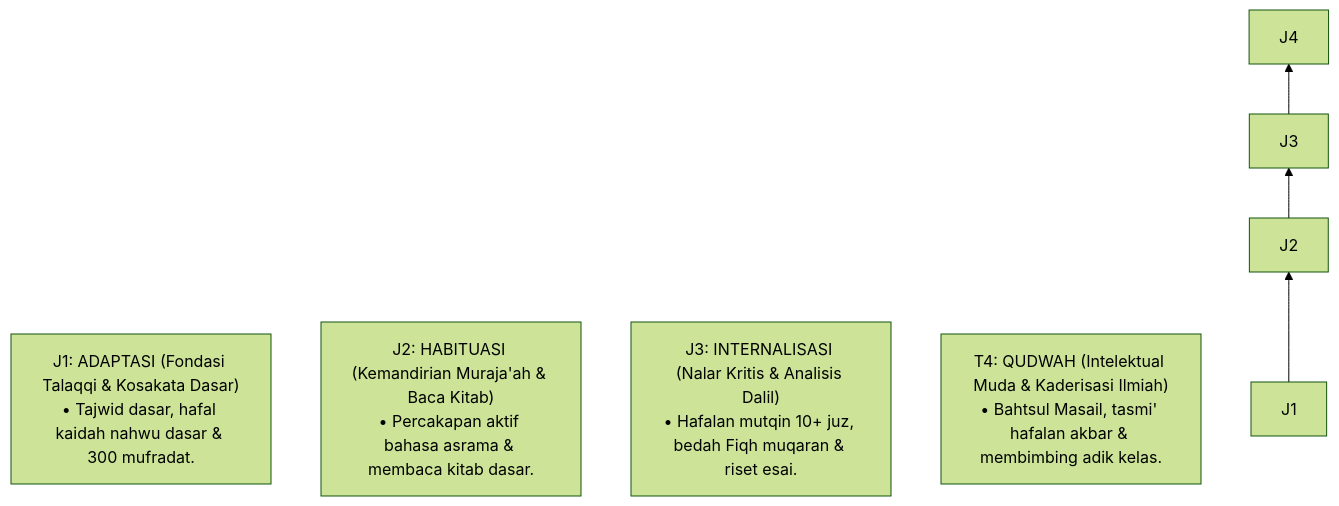
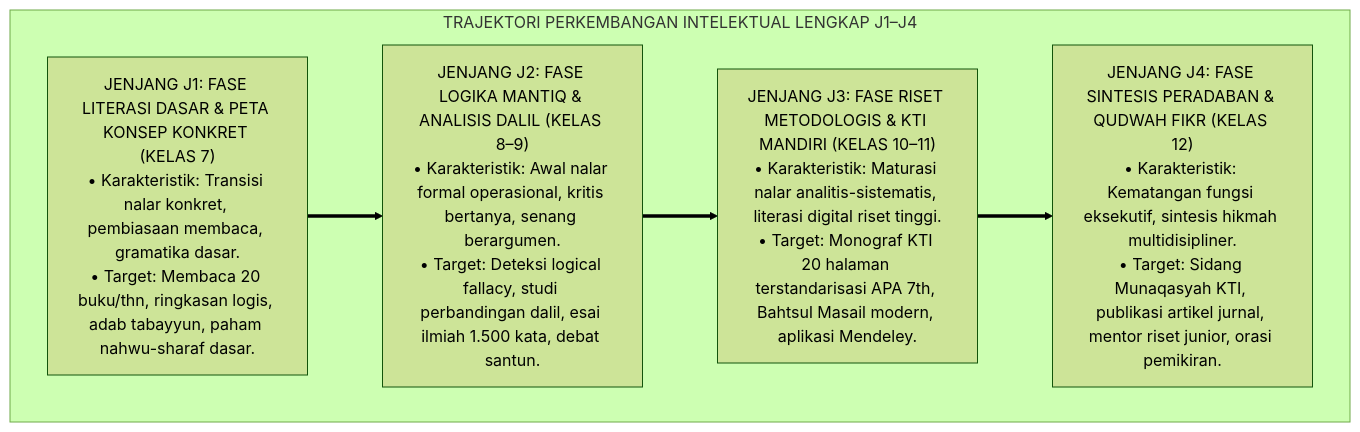
The sixth of 7 diagrams in 03 Capacity Framework/08 Mutsaqqaful Fikr/P3-08-08-Tahapan-Perkembangan-Jenjang-J1-J4.md (wandiapriliyandi/tumbuh), drawn with Mermaid (forest theme) before and after one commit. The commit also changed other lines of this file and 14 other files, not shown here.

````diff
--- a/03 Capacity Framework/08 Mutsaqqaful Fikr/P3-08-08-Tahapan-Perkembangan-Jenjang-J1-J4.md
+++ b/03 Capacity Framework/08 Mutsaqqaful Fikr/P3-08-08-Tahapan-Perkembangan-Jenjang-J1-J4.md
@@ -10,12 +169,14 @@
 ```mermaid
-graph BT
-    T1["J1: ADAPTASI (Fondasi Talaqqi & Kosakata Dasar)<br/>• Tajwid dasar, hafal kaidah nahwu dasar & 300 mufradat."]
-    
-    T2["J2: HABITUASI (Kemandirian Muraja'ah & Baca Kitab)<br/>• Percakapan aktif bahasa asrama & membaca kitab dasar."]
-    
-    T3["J3: INTERNALISASI (Nalar Kritis & Analisis Dalil)<br/>• Hafalan mutqin 10+ juz, bedah Fiqh muqaran & riset esai."]
-    
-    T4["T4: QUDWAH (Intelektual Muda & Kaderisasi Ilmiah)<br/>• Bahtsul Masail, tasmi' hafalan akbar & membimbing adik kelas."]
-
-    J1 --> J2 --> J3 --> J4
+flowchart TD
+    subgraph ArsitekturTrajektoriIntelektualJ1J4["TRAJEKTORI PERKEMBANGAN INTELEKTUAL LENGKAP J1–J4"]
+        J1["JENJANG J1: FASE LITERASI DASAR & PETA KONSEP KONKRET (KELAS 7)<br/>• Karakteristik: Transisi nalar konkret, pembiasaan membaca, gramatika dasar.<br/>• Target: Membaca 20 buku/thn, ringkasan logis, adab tabayyun, paham nahwu-sharaf dasar."]
+        
+        J2["JENJANG J2: FASE LOGIKA MANTIQ & ANALISIS DALIL (KELAS 8–9)<br/>• Karakteristik: Awal nalar formal operasional, kritis bertanya, senang berargumen.<br/>• Target: Deteksi logical fallacy, studi perbandingan dalil, esai ilmiah 1.500 kata, debat santun."]
+        
+        J3["JENJANG J3: FASE RISET METODOLOGIS & KTI MANDIRI (KELAS 10–11)<br/>• Karakteristik: Maturasi nalar analitis-sistematis, literasi digital riset tinggi.<br/>• Target: Monograf KTI 20 halaman terstandarisasi APA 7th, Bahtsul Masail modern, aplikasi Mendeley."]
+        
+        J4["JENJANG J4: FASE SINTESIS PERADABAN & QUDWAH FIKR (KELAS 12)<br/>• Karakteristik: Kematangan fungsi eksekutif, sintesis hikmah multidisipliner.<br/>• Target: Sidang Munaqasyah KTI, publikasi artikel jurnal, mentor riset junior, orasi pemikiran."]
+        
+        J1 ==> J2 ==> J3 ==> J4
+    end
 ```
````
